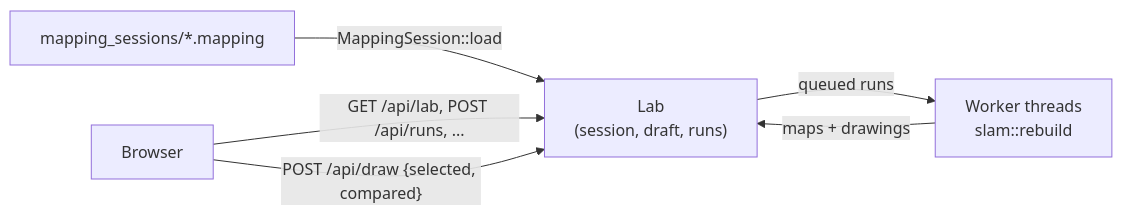
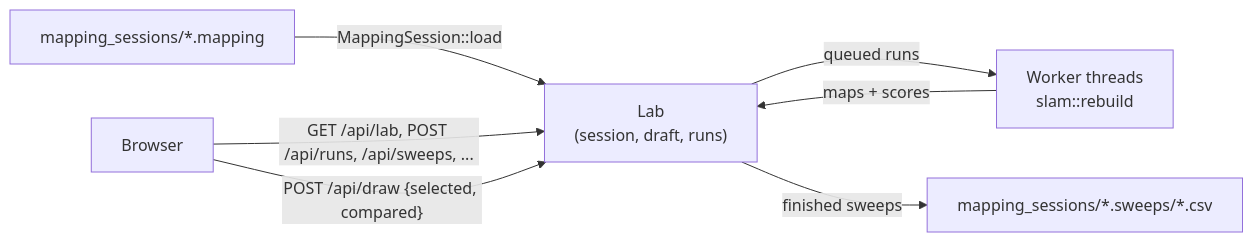
One commit to Noce99/AuRoRus changed the diagram in documentation/mapping_lab.md. Above: the diagram before and after it, drawn with Mermaid. The commit also changed other lines of this file and 17 other files, not shown here.

````diff
--- a/documentation/mapping_lab.md
+++ b/documentation/mapping_lab.md
@@ -82,8 +149,9 @@
 ```mermaid
 flowchart LR
     F["mapping_sessions/*.mapping"] -- "MappingSession::load" --> L["Lab\n(session, draft, runs)"]
     L -- "queued runs" --> W["Worker threads\nslam::rebuild"]
-    W -- "maps + drawings" --> L
-    P["Browser"] -- "GET /api/lab, POST /api/runs, ..." --> L
+    W -- "maps + scores" --> L
+    L -- "finished sweeps" --> C["mapping_sessions/*.sweeps/*.csv"]
+    P["Browser"] -- "GET /api/lab, POST /api/runs, /api/sweeps, ..." --> L
     P -- "POST /api/draw {selected, compared}" --> L
 ```
````
